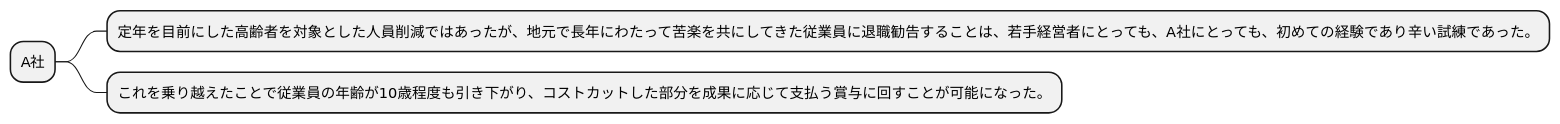
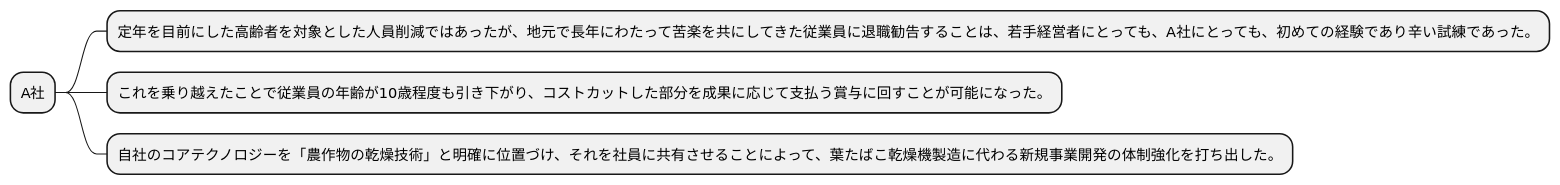
The tenth of 13 diagrams in docs/R01/study/study_1_r01.md (k2works/requirements_definition_excercise), drawn with PlantUML before and after one commit. The commit also changed other lines of this file, not shown here.

````diff
--- a/docs/R01/study/study_1_r01.md
+++ b/docs/R01/study/study_1_r01.md
@@ -250,9 +256,10 @@
 ```plantuml
 @startmindmap
 
 * A社
 ** 定年を目前にした高齢者を対象とした人員削減ではあったが、地元で長年にわたって苦楽を共にしてきた従業員に退職勧告することは、若手経営者にとっても、A社にとっても、初めての経験であり辛い試練であった。
 ** これを乗り越えたことで従業員の年齢が10歳程度も引き下がり、コストカットした部分を成果に応じて支払う賞与に回すことが可能になった。
+** 自社のコアテクノロジーを「農作物の乾燥技術」と明確に位置づけ、それを社員に共有させることによって、葉たばこ乾燥機製造に代わる新規事業開発の体制強化を打ち出した。
 
 @endmindmap
 ```
````
